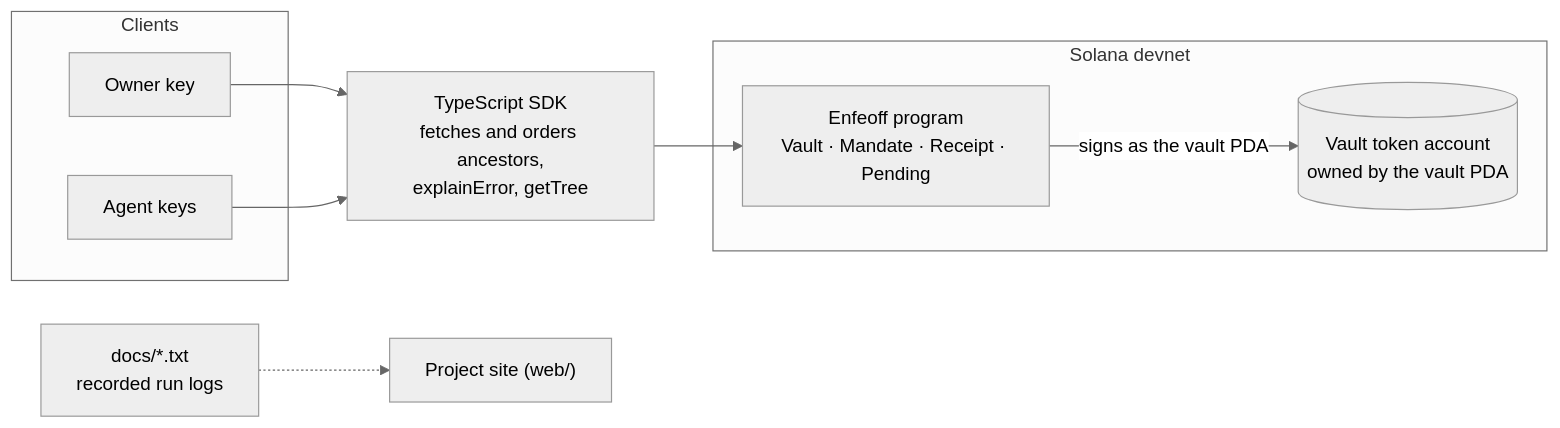
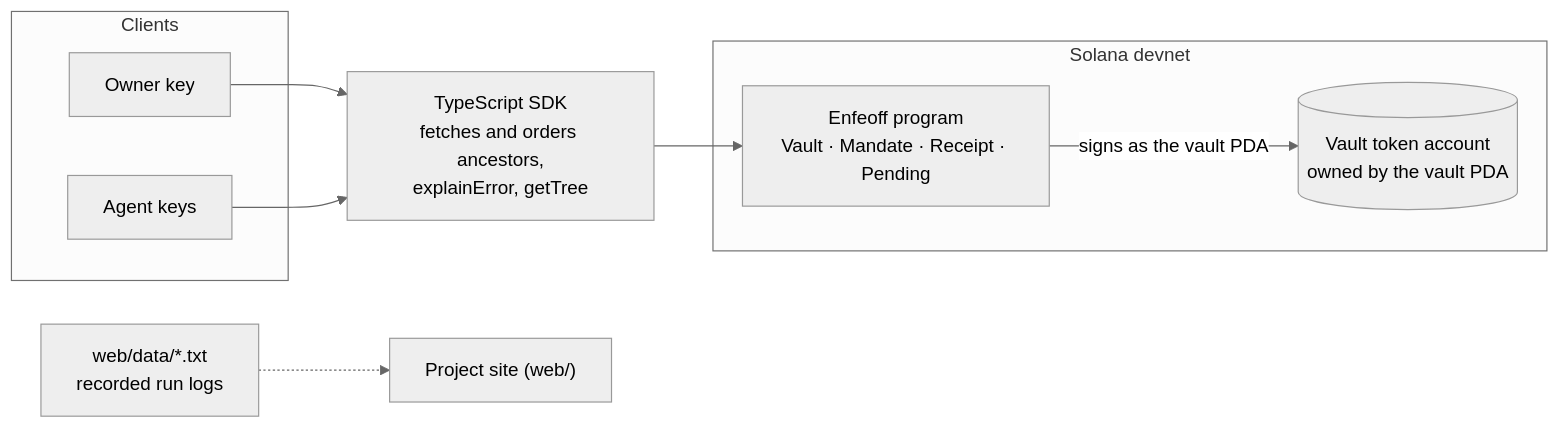
One commit to Shikhyy/enfeoff changed the fourth of 5 diagrams in README.md. Above: the diagram before and after it, drawn with Mermaid (neutral theme). The commit also changed other lines of this file and 23 other files, not shown here.

````diff
--- a/README.md
+++ b/README.md
@@ -86,17 +86,17 @@
 ```mermaid
 flowchart LR
   subgraph Clients
     O[Owner key]
     A[Agent keys]
   end
   SDK["TypeScript SDK<br/>fetches and orders ancestors,<br/>explainError, getTree"]
   subgraph Chain["Solana devnet"]
     P["Enfeoff program<br/>Vault · Mandate · Receipt · Pending"]
     VT[("Vault token account<br/>owned by the vault PDA")]
   end
   O --> SDK
   A --> SDK
   SDK --> P
   P -- "signs as the vault PDA" --> VT
-  LOGS["docs/*.txt<br/>recorded run logs"] -.-> UI["Project site (web/)"]
+  LOGS["web/data/*.txt<br/>recorded run logs"] -.-> UI["Project site (web/)"]
 ```
````
